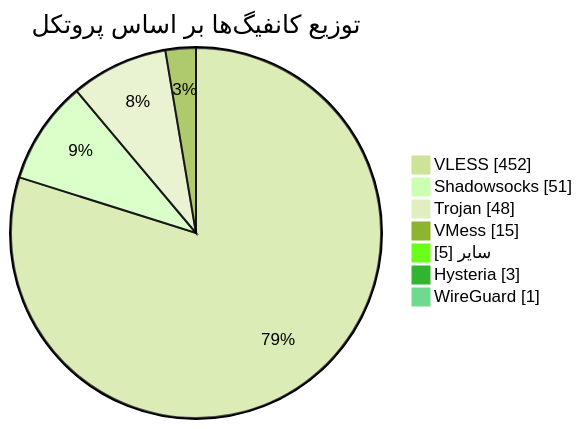
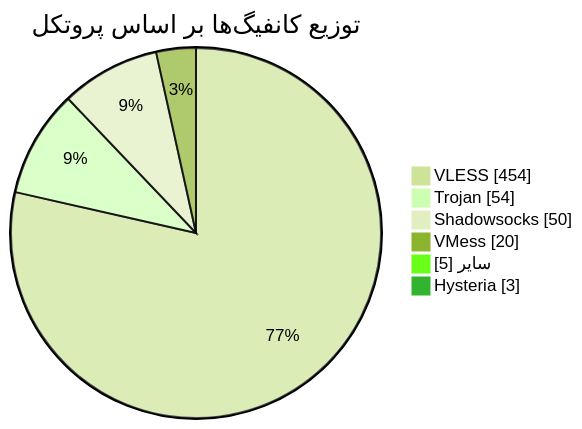
The diagram in README.md (Arian-Alijani/Somthing), drawn with Mermaid (forest theme) before and after one commit. The commit also changed other lines of this file and 17 other files, not shown here.

````diff
--- a/README.md
+++ b/README.md
@@ -49,11 +48,10 @@
 ```mermaid
 pie showData
     title توزیع کانفیگ‌ها بر اساس پروتکل
-    "VLESS" : 452
-    "Shadowsocks" : 51
-    "Trojan" : 48
-    "VMess" : 15
+    "VLESS" : 454
+    "Trojan" : 54
+    "Shadowsocks" : 50
+    "VMess" : 20
     "سایر" : 5
     "Hysteria" : 3
-    "WireGuard" : 1
 ```
````
